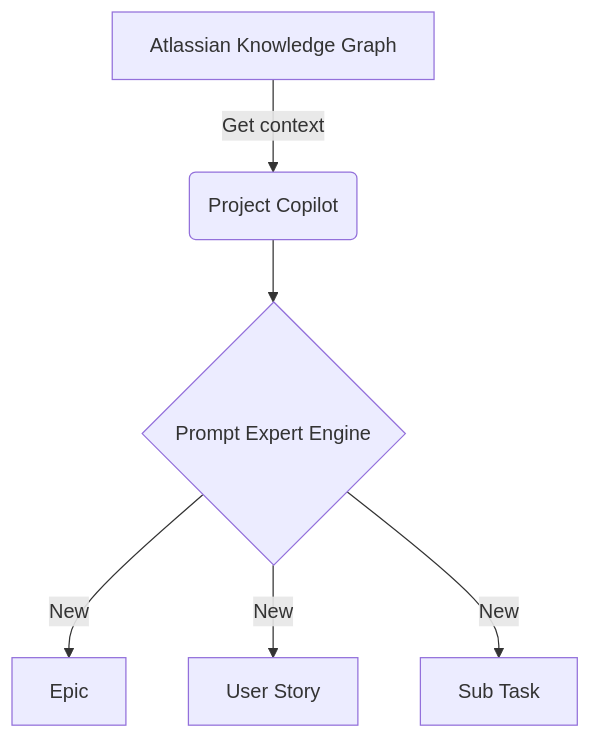
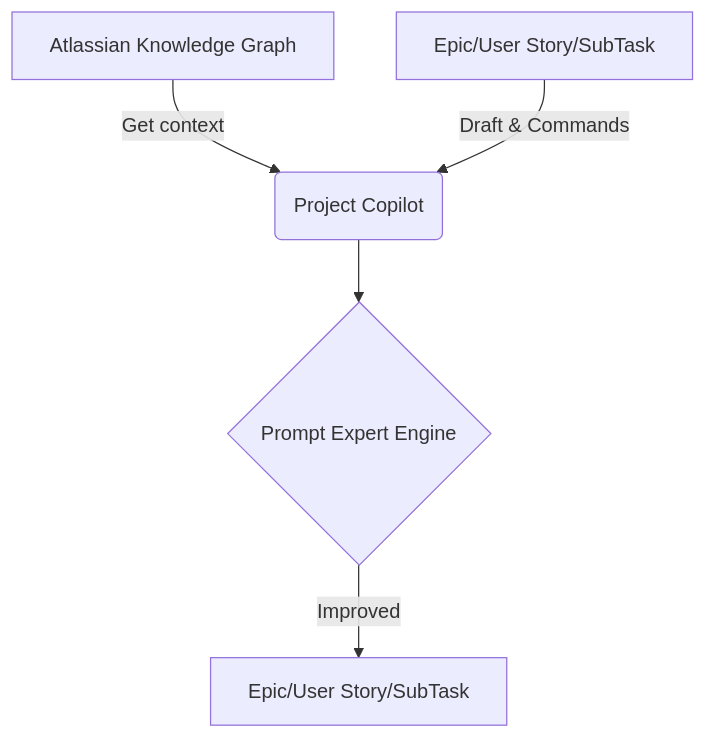
One commit to project-copilot/fit changed the diagram in README.md. Above: the diagram before and after it, drawn with Mermaid. The commit also changed other lines of this file, not shown here.

````diff
--- a/README.md
+++ b/README.md
@@ -8,8 +8,7 @@
 ```mermaid
 flowchart TD
     A[Atlassian Knowledge Graph] -->|Get context| B(Project Copilot)
+    L[Epic/User Story/SubTask] -->|Draft & Commands| B(Project Copilot)
     B --> C{Prompt Expert Engine}
-    C -->|New| D[Epic]
-    C -->|New| E[User Story]
-    C -->|New| F[Sub Task]
+    C -->|Improved| D[Epic/User Story/SubTask]
 ```
````
